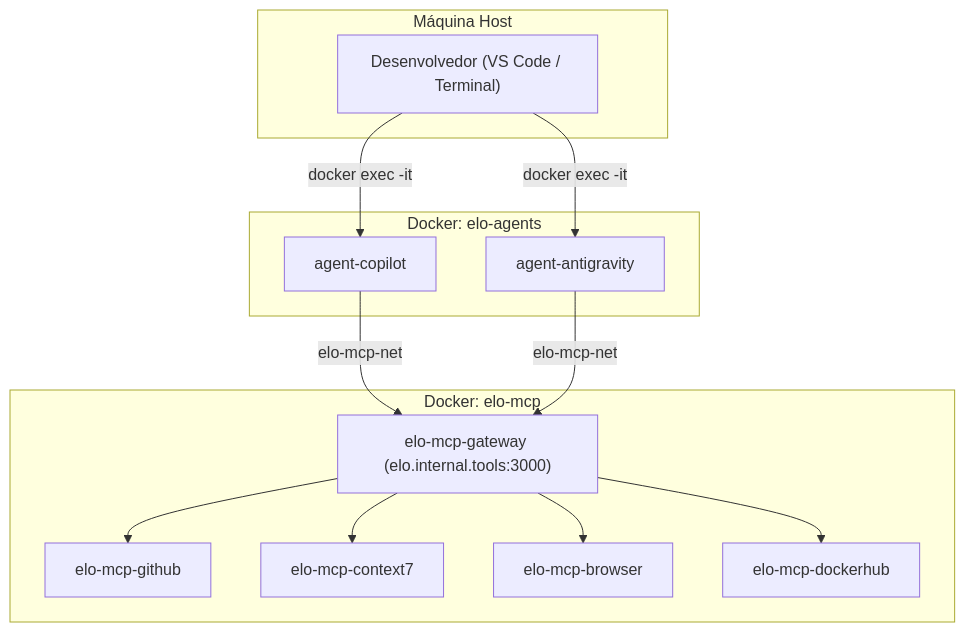
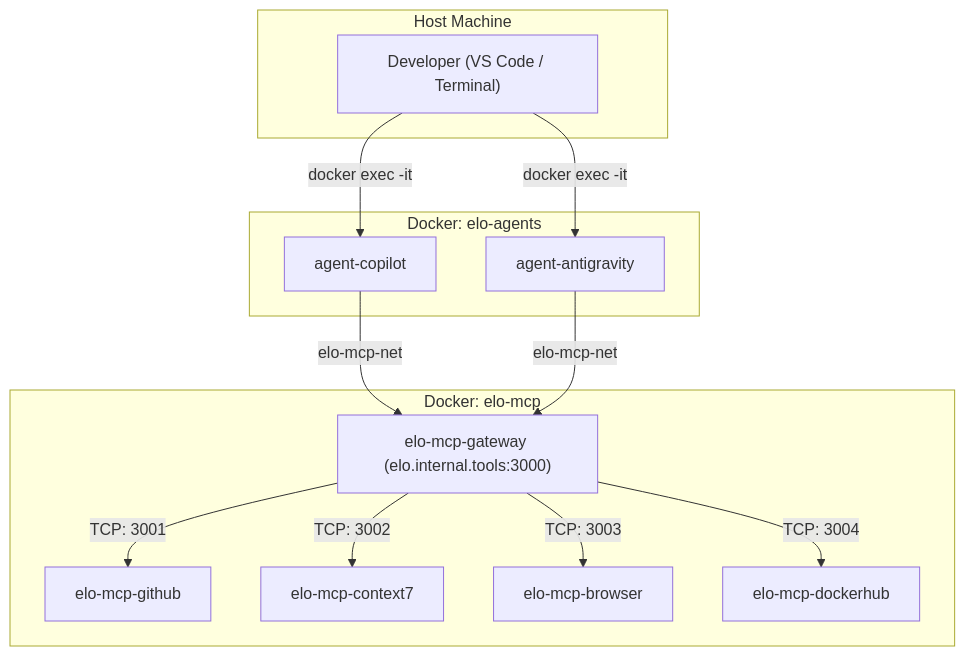
One commit to tupynambalucas/elo-organico changed the diagram in knowledge-base/i18n/pt-BR/docusaurus-plugin-content-docs-workspaces/current/04-tools.mdx. Above: the diagram before and after it, drawn with Mermaid. The commit also changed other lines of this file and 25 other files, not shown here.

````diff
--- a/knowledge-base/i18n/pt-BR/docusaurus-plugin-content-docs-workspaces/current/04-tools.mdx
+++ b/knowledge-base/i18n/pt-BR/docusaurus-plugin-content-docs-workspaces/current/04-tools.mdx
@@ -154,29 +165,29 @@
     ```mermaid
     graph TD
       direction TD
-      subgraph "Máquina Host"
-        Dev["Desenvolvedor (VS Code / Terminal)"]
+      subgraph "Host Machine"
+        Dev["Developer (VS Code / Terminal)"]
       end
 
       subgraph "Docker: elo-agents"
         Copilot["agent-copilot"]
         Antigravity["agent-antigravity"]
       end
 
       subgraph "Docker: elo-mcp"
         Gateway["elo-mcp-gateway (elo.internal.tools:3000)"]
         Github["elo-mcp-github"]
         Context7["elo-mcp-context7"]
         Browser["elo-mcp-browser"]
         Dockerhub["elo-mcp-dockerhub"]
       end
 
       Dev -- "docker exec -it" --> Copilot
       Dev -- "docker exec -it" --> Antigravity
       Copilot -- "elo-mcp-net" --> Gateway
       Antigravity -- "elo-mcp-net" --> Gateway
-      Gateway --> Github
-      Gateway --> Context7
-      Gateway --> Browser
-      Gateway --> Dockerhub
+      Gateway -- "TCP: 3001" --> Github
+      Gateway -- "TCP: 3002" --> Context7
+      Gateway -- "TCP: 3003" --> Browser
+      Gateway -- "TCP: 3004" --> Dockerhub
     ```
````
